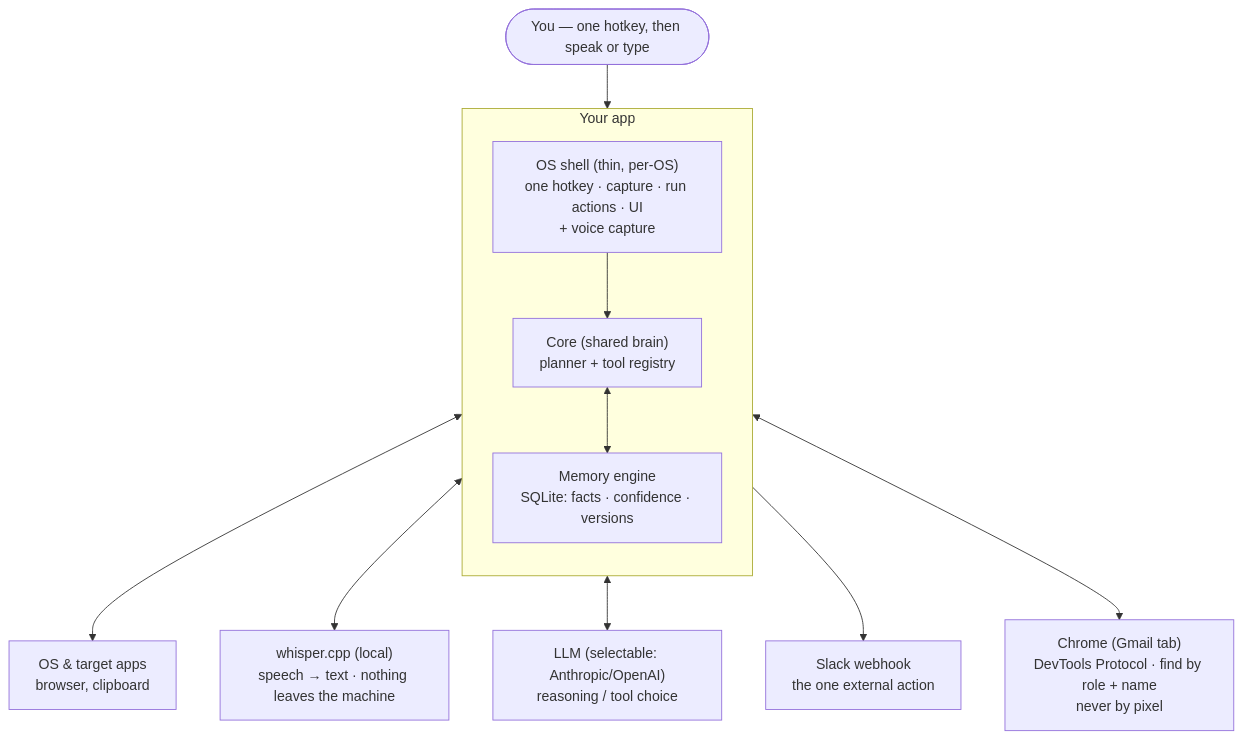
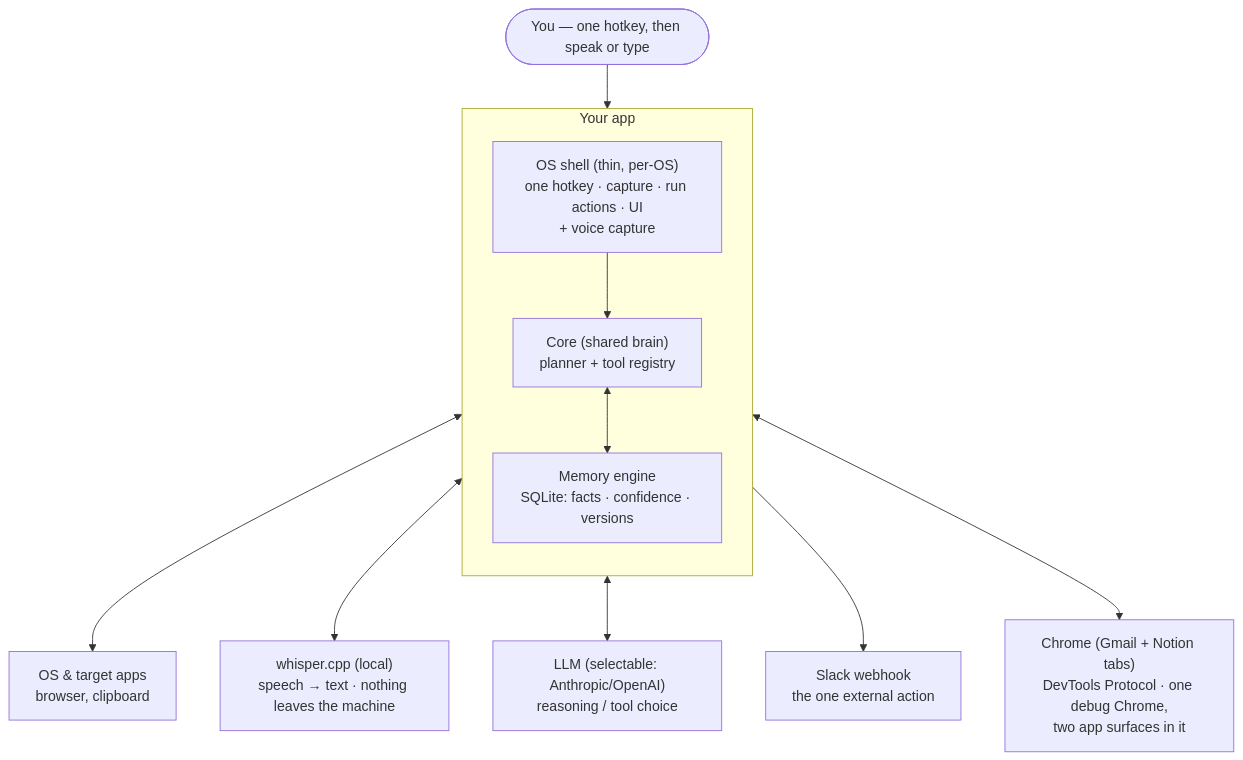
Before and after one commit to Sejall-089/voice-agent: the first of 8 diagrams in ARCHITECTURE.md, drawn with Mermaid. The commit also changed other lines of this file and 22 other files, not shown here.

````diff
--- a/ARCHITECTURE.md
+++ b/ARCHITECTURE.md
@@ -28,26 +28,26 @@
 ```mermaid
 flowchart TB
     User(["You — one hotkey, then speak or type"])
 
     subgraph App["Your app"]
         direction TB
         Shell["OS shell (thin, per-OS)<br/>one hotkey · capture · run actions · UI<br/>+ voice capture"]
         Core["Core (shared brain)<br/>planner + tool registry"]
         Memory["Memory engine<br/>SQLite: facts · confidence · versions"]
         Shell --> Core
         Core <--> Memory
     end
 
     Whisper["whisper.cpp (local)<br/>speech → text · nothing leaves the machine"]
-    Chrome["Chrome (Gmail tab)<br/>DevTools Protocol · find by role + name<br/>never by pixel"]
+    Chrome["Chrome (Gmail + Notion tabs)<br/>DevTools Protocol · one debug Chrome,<br/>two app surfaces in it"]
     LLM["LLM (selectable: Anthropic/OpenAI)<br/>reasoning / tool choice"]
     Slack["Slack webhook<br/>the one external action"]
     OS["OS &amp; target apps<br/>browser, clipboard"]
 
     User --> Shell
     Shell <--> OS
     Shell <--> Whisper
     Core <--> LLM
     Core --> Slack
     Core <--> Chrome
 ```
````
